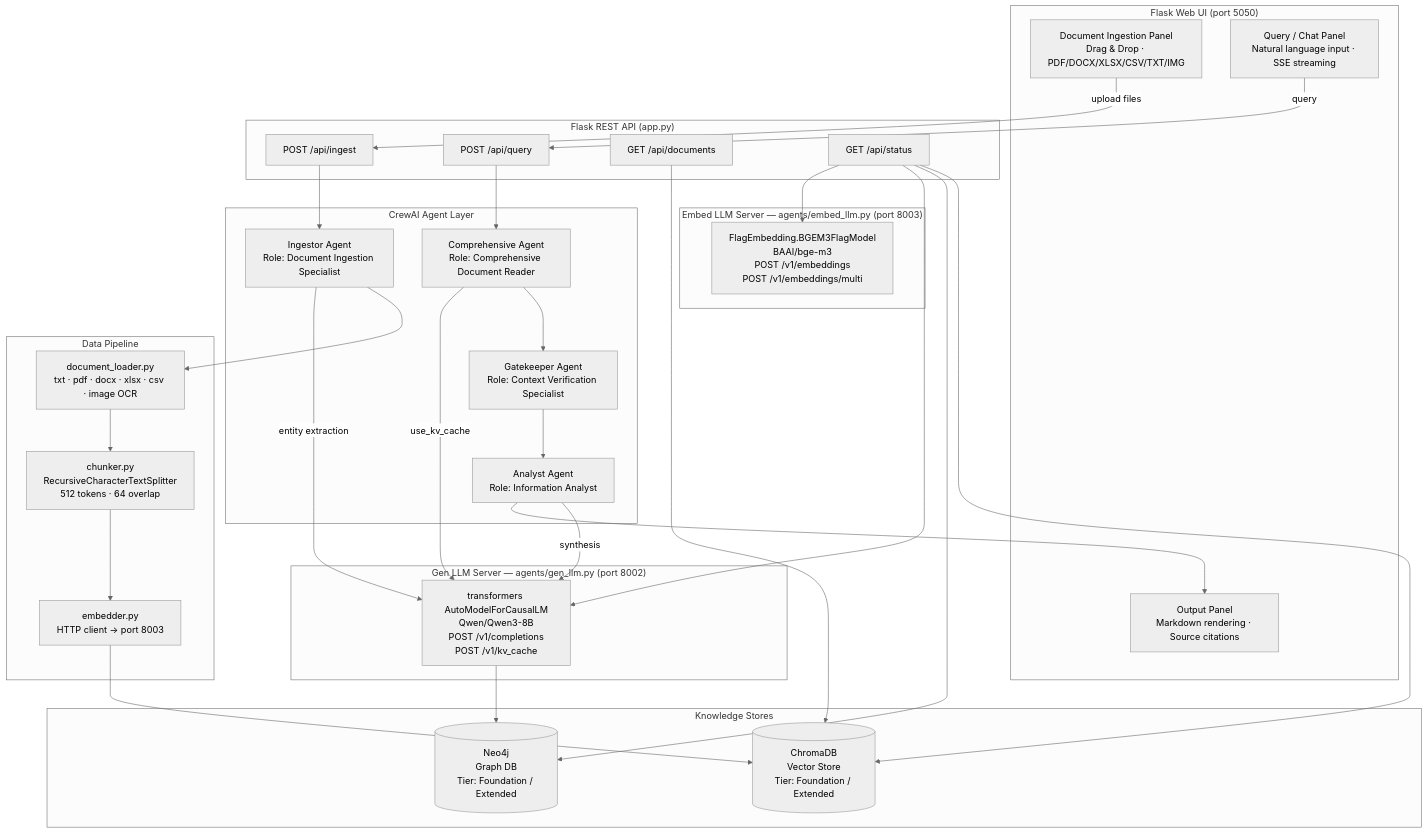
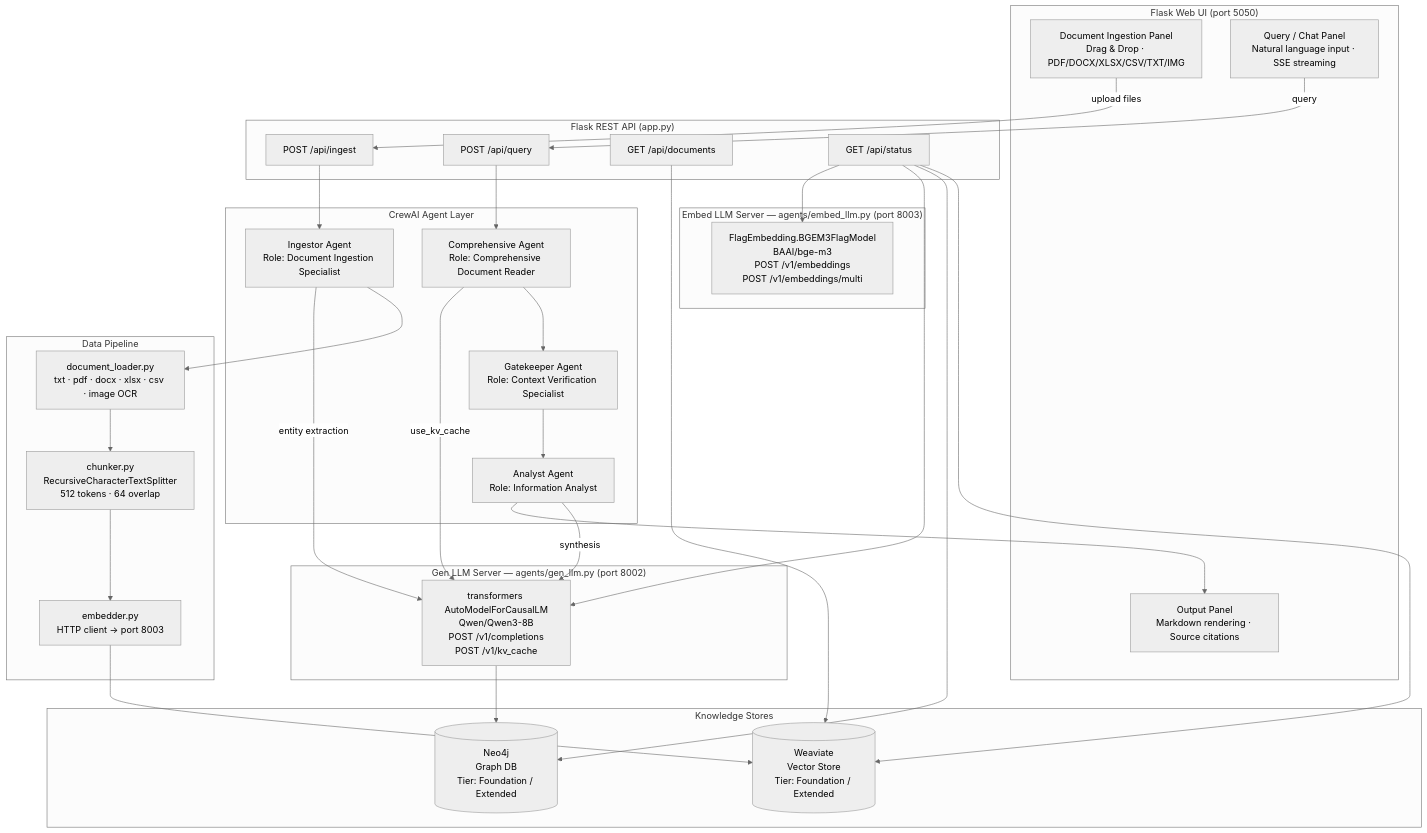
Before and after one commit to Sam-max1/healthexpert: the first of 3 diagrams in HEALTHEXPERT_ARCHITECTURE_DESIGN.md, drawn with Mermaid (neutral theme). The commit also changed other lines of this file and 15 other files, not shown here.

````diff
--- a/HEALTHEXPERT_ARCHITECTURE_DESIGN.md
+++ b/HEALTHEXPERT_ARCHITECTURE_DESIGN.md
@@ -9,53 +9,53 @@
 ```mermaid
 graph TB
     subgraph UI["Flask Web UI (port 5050)"]
         A[Document Ingestion Panel\nDrag & Drop · PDF/DOCX/XLSX/CSV/TXT/IMG]
         B[Query / Chat Panel\nNatural language input · SSE streaming]
         C[Output Panel\nMarkdown rendering · Source citations]
     end
 
     subgraph Backend["Flask REST API (app.py)"]
         D[POST /api/ingest]
         E[POST /api/query]
         F[GET  /api/documents]
         G[GET  /api/status]
     end
 
     subgraph Agents["CrewAI Agent Layer"]
         H[Ingestor Agent\nRole: Document Ingestion Specialist]
         I[Comprehensive Agent\nRole: Comprehensive Document Reader]
         J[Gatekeeper Agent\nRole: Context Verification Specialist]
         K[Analyst Agent\nRole: Information Analyst]
     end
 
     subgraph Pipeline["Data Pipeline"]
         L[document_loader.py\ntxt · pdf · docx · xlsx · csv · image OCR]
         M[chunker.py\nRecursiveCharacterTextSplitter\n512 tokens · 64 overlap]
         N[embedder.py\nHTTP client → port 8003]
     end
 
     subgraph Stores["Knowledge Stores"]
-        O[(ChromaDB\nVector Store\nTier: Foundation / Extended)]
+        O[(Weaviate\nVector Store\nTier: Foundation / Extended)]
         P[(Neo4j\nGraph DB\nTier: Foundation / Extended)]
     end
 
     subgraph GenLLM["Gen LLM Server — agents/gen_llm.py (port 8002)"]
         Q[transformers AutoModelForCausalLM\nQwen/Qwen3-8B\nPOST /v1/completions\nPOST /v1/kv_cache]
     end
 
     subgraph EmbedLLM["Embed LLM Server — agents/embed_llm.py (port 8003)"]
         R[FlagEmbedding.BGEM3FlagModel\nBAAI/bge-m3\nPOST /v1/embeddings\nPOST /v1/embeddings/multi]
     end
 
     A -->|upload files| D
     B -->|query| E
     D --> H
     E --> I --> J --> K
     H --> L --> M --> N --> O
     H -->|entity extraction| Q --> P
     I -->|use_kv_cache| Q
     K -->|synthesis| Q
     K --> C
     F --> O
     G --> O & P & Q & R
 ```
````
